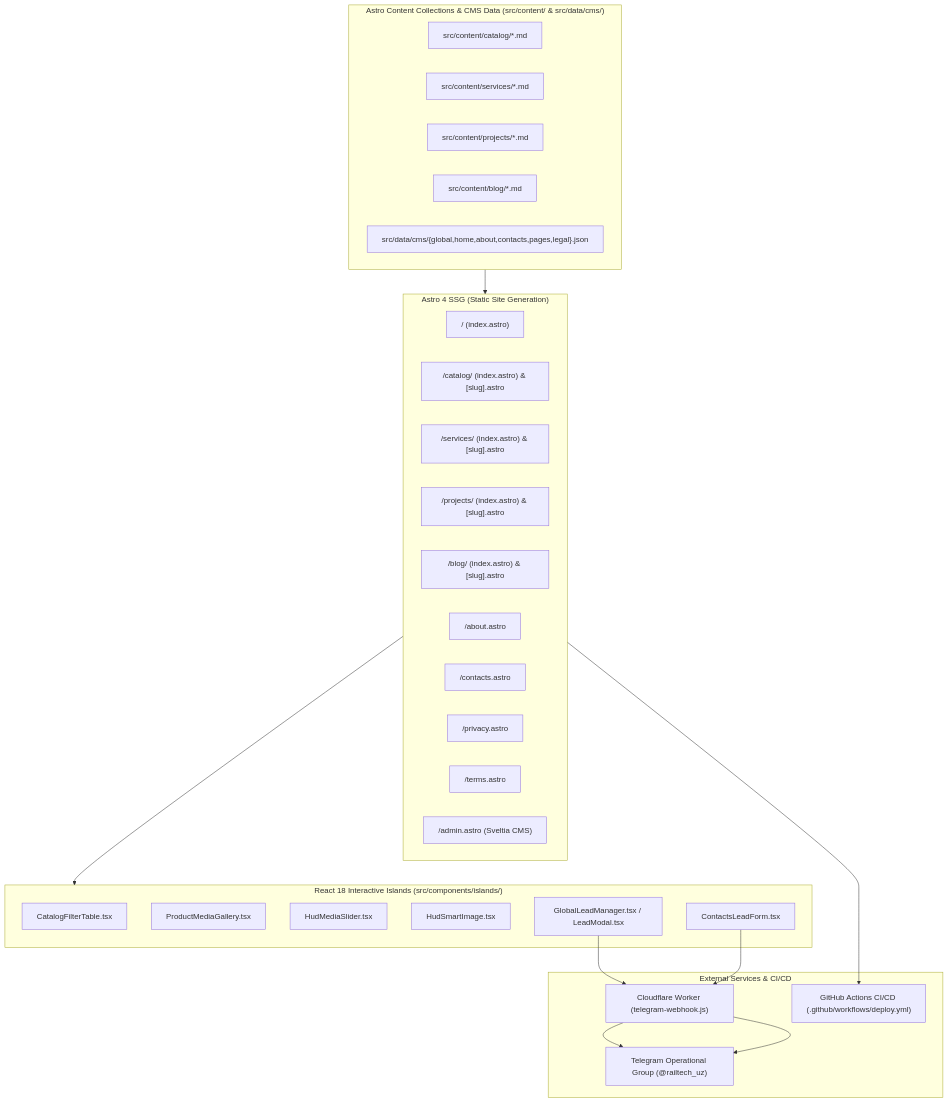
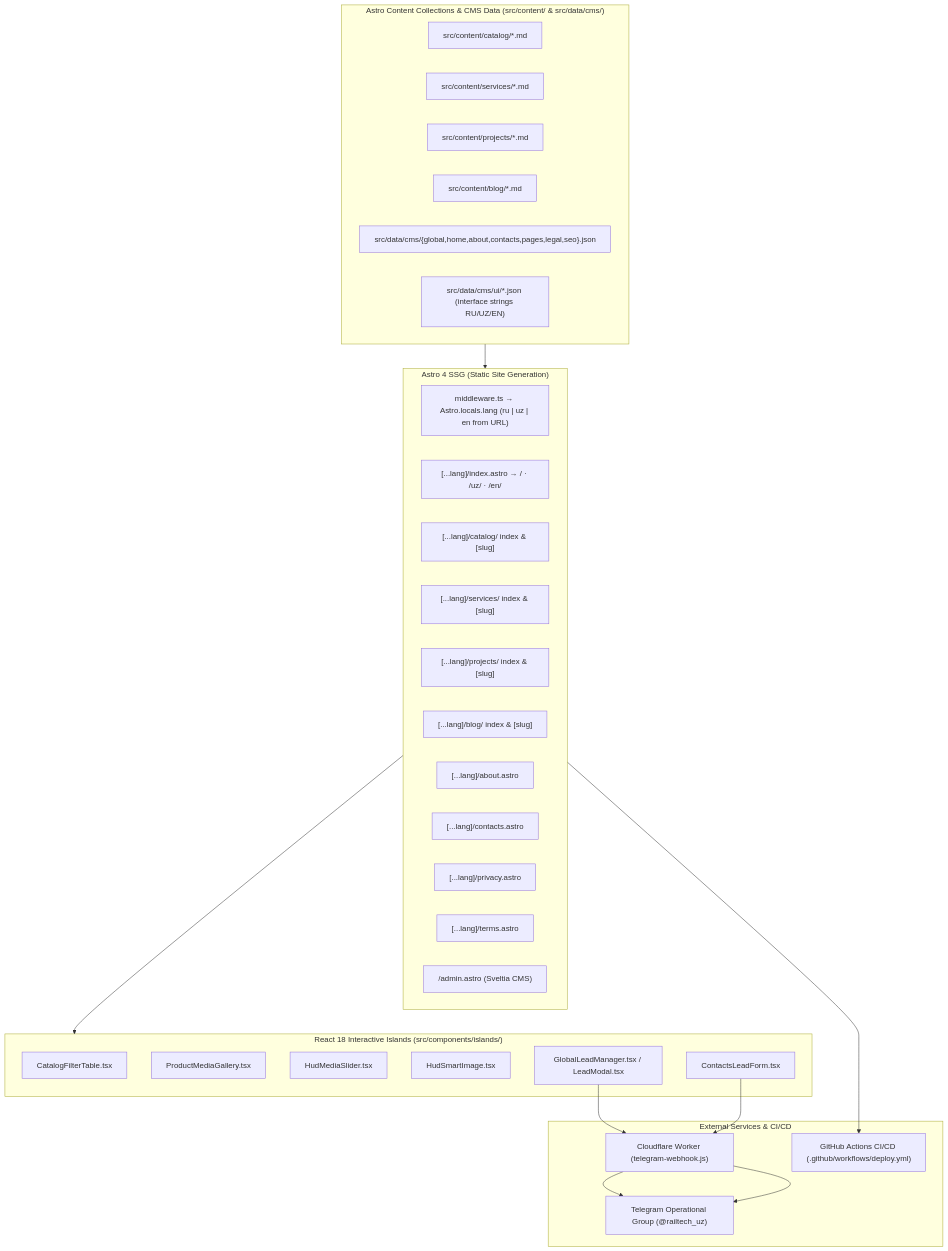
The diagram in docs/ARCHITECTURE.md (nzulkaynarov/rt-corporate-website), drawn with Mermaid before and after one commit. The commit also changed other lines of this file and 45 other files, not shown here.

First line of the commit message:
wip(i18n): per-language URLs infrastructure, SEO layer, CMS schema guards

````diff
--- a/docs/ARCHITECTURE.md
+++ b/docs/ARCHITECTURE.md
@@ -5,44 +5,46 @@
 ```mermaid
 flowchart TD
     subgraph SSG_LAYER["Astro 4 SSG (Static Site Generation)"]
-        HOME["/ (index.astro)"]
-        CATALOG["/catalog/ (index.astro) & [slug].astro"]
-        SERVICES["/services/ (index.astro) & [slug].astro"]
-        PROJECTS["/projects/ (index.astro) & [slug].astro"]
-        BLOG["/blog/ (index.astro) & [slug].astro"]
-        ABOUT["/about.astro"]
-        CONTACTS["/contacts.astro"]
-        PRIVACY["/privacy.astro"]
-        TERMS["/terms.astro"]
+        MW["middleware.ts → Astro.locals.lang (ru | uz | en from URL)"]
+        HOME["[...lang]/index.astro → / · /uz/ · /en/"]
+        CATALOG["[...lang]/catalog/ index & [slug]"]
+        SERVICES["[...lang]/services/ index & [slug]"]
+        PROJECTS["[...lang]/projects/ index & [slug]"]
+        BLOG["[...lang]/blog/ index & [slug]"]
+        ABOUT["[...lang]/about.astro"]
+        CONTACTS["[...lang]/contacts.astro"]
+        PRIVACY["[...lang]/privacy.astro"]
+        TERMS["[...lang]/terms.astro"]
         ADMIN["/admin.astro (Sveltia CMS)"]
     end
 
     subgraph CONTENT_LAYER["Astro Content Collections & CMS Data (src/content/ & src/data/cms/)"]
         CAT_MD["src/content/catalog/*.md"]
         SRV_MD["src/content/services/*.md"]
         PRJ_MD["src/content/projects/*.md"]
         BLG_MD["src/content/blog/*.md"]
-        CMS_JSON["src/data/cms/{global,home,about,contacts,pages,legal}.json"]
+        CMS_JSON["src/data/cms/{global,home,about,contacts,pages,legal,seo}.json"]
+        UI_JSON["src/data/cms/ui/*.json (interface strings RU/UZ/EN)"]
     end
 
     subgraph ISLANDS_LAYER["React 18 Interactive Islands (src/components/islands/)"]
         FILTER_ISLAND["CatalogFilterTable.tsx"]
         MEDIA_ISLAND["ProductMediaGallery.tsx"]
         SLIDER_ISLAND["HudMediaSlider.tsx"]
         IMAGE_ISLAND["HudSmartImage.tsx"]
         CONTACTS_ISLAND["ContactsLeadForm.tsx"]
         LEAD_ISLAND["GlobalLeadManager.tsx / LeadModal.tsx"]
     end
 
     subgraph EXTERNAL_INTEGRATIONS["External Services & CI/CD"]
         CF_WORKER["Cloudflare Worker (telegram-webhook.js)"]
         TG_BOT["Telegram Operational Group (@railtech_uz)"]
         GH_PAGES["GitHub Actions CI/CD (.github/workflows/deploy.yml)"]
     end
 
     CONTENT_LAYER --> SSG_LAYER
     SSG_LAYER --> ISLANDS_LAYER
     LEAD_ISLAND --> CF_WORKER --> TG_BOT
     CONTACTS_ISLAND --> CF_WORKER --> TG_BOT
     SSG_LAYER --> GH_PAGES
 ```
````
